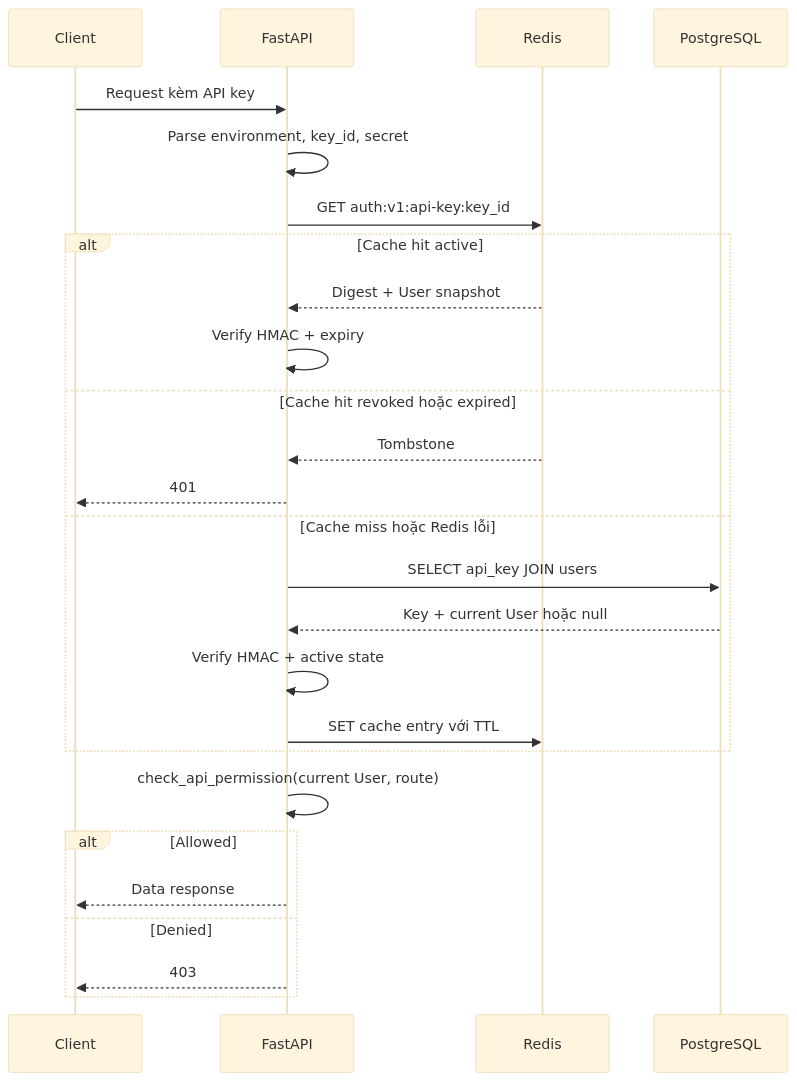
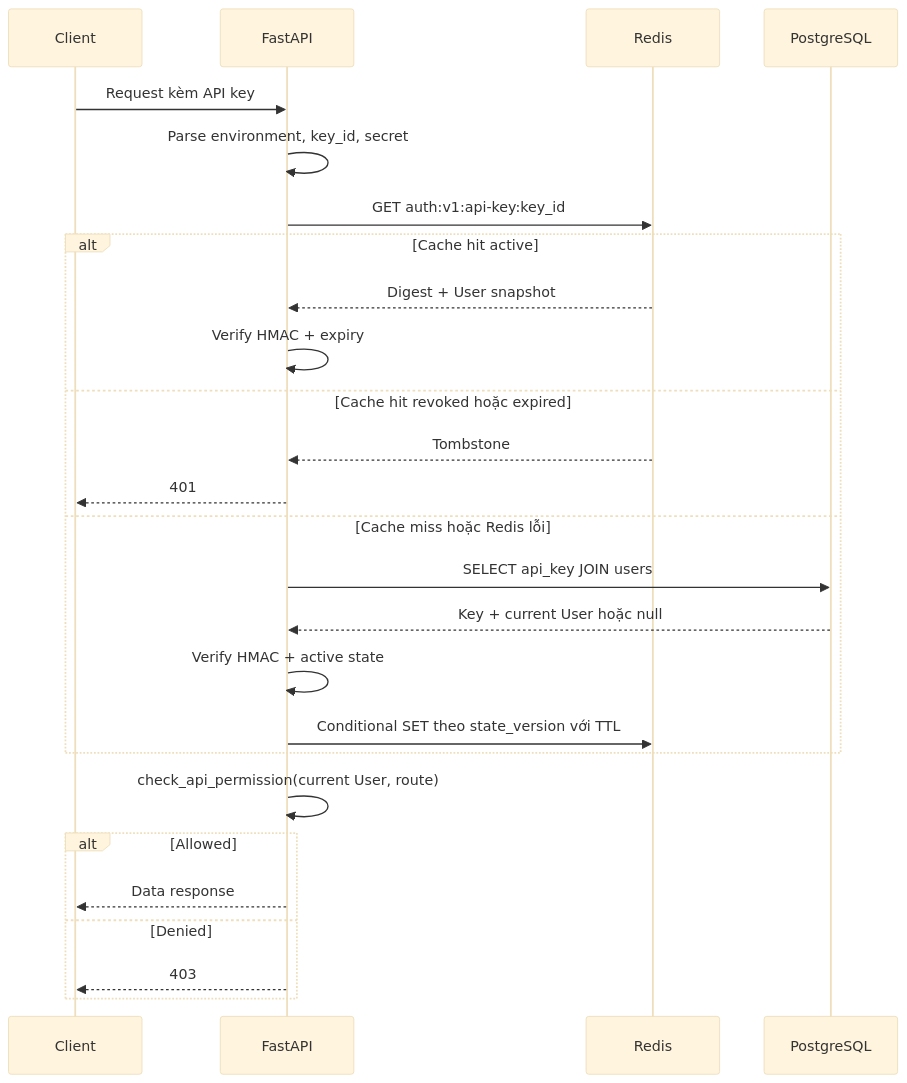
The second of 3 diagrams in docs/api-key-redis-design.md (nth312vn/data-api), drawn with Mermaid (base theme) before and after one commit. The commit also changed other lines of this file, not shown here.

Commit message:
feat: Update Redis caching logic for API key authentication with conditional state versioning

````diff
--- a/docs/api-key-redis-design.md
+++ b/docs/api-key-redis-design.md
@@ -465,29 +465,29 @@
 ```mermaid
 sequenceDiagram
     participant C as Client
     participant A as FastAPI
     participant R as Redis
     participant P as PostgreSQL
 
     C->>A: Request kèm API key
     A->>A: Parse environment, key_id, secret
     A->>R: GET auth:v1:api-key:key_id
     alt Cache hit active
         R-->>A: Digest + User snapshot
         A->>A: Verify HMAC + expiry
     else Cache hit revoked hoặc expired
         R-->>A: Tombstone
         A-->>C: 401
     else Cache miss hoặc Redis lỗi
         A->>P: SELECT api_key JOIN users
         P-->>A: Key + current User hoặc null
         A->>A: Verify HMAC + active state
-        A->>R: SET cache entry với TTL
+        A->>R: Conditional SET theo state_version với TTL
     end
     A->>A: check_api_permission(current User, route)
     alt Allowed
         A-->>C: Data response
     else Denied
         A-->>C: 403
     end
 ```
````
